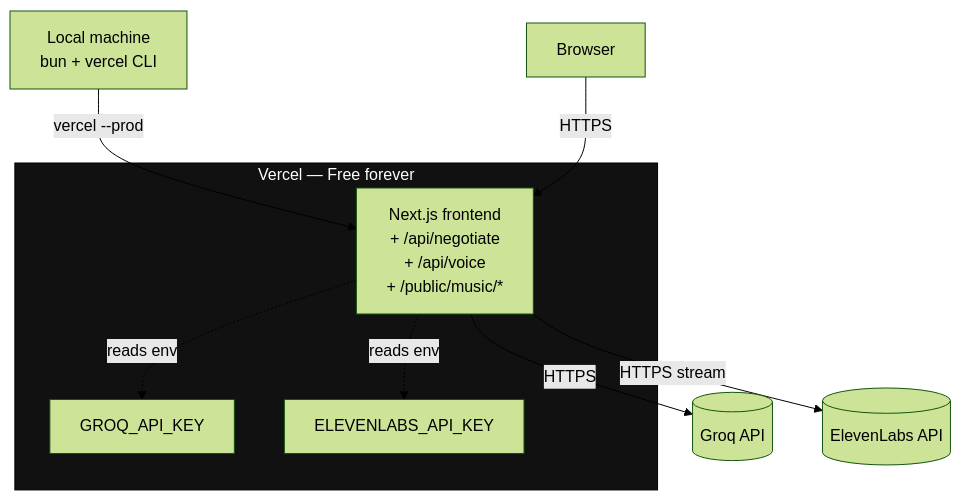
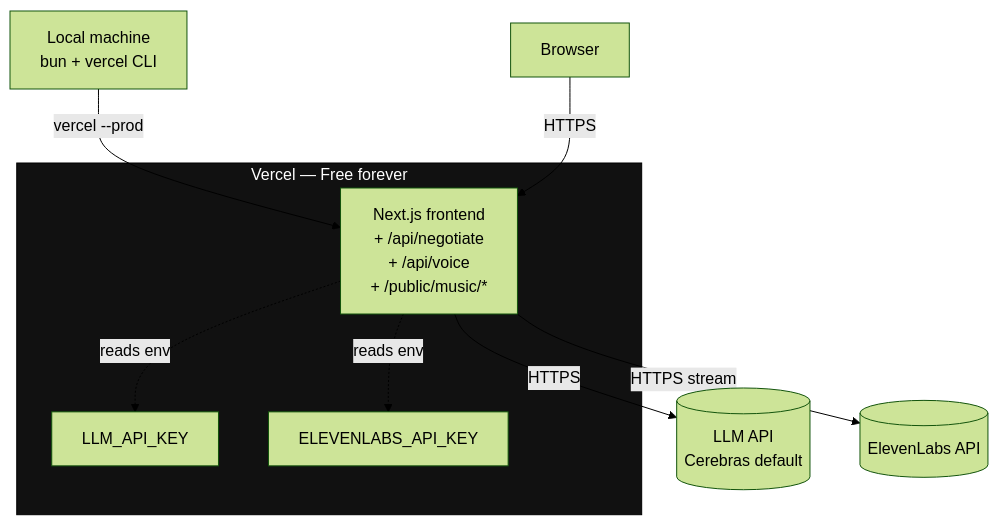
The first of 2 diagrams in docs/DEPLOYMENT.md (AnkanMisra/Negotiator), drawn with Mermaid (forest theme) before and after one commit. The commit also changed other lines of this file and 16 other files, not shown here.

````diff
--- a/docs/DEPLOYMENT.md
+++ b/docs/DEPLOYMENT.md
@@ -10,17 +10,17 @@
 ```mermaid
 flowchart TB
     DEV[Local machine<br/>bun + vercel CLI]
 
     subgraph vercel[Vercel — Free forever]
         FE[Next.js frontend<br/>+ /api/negotiate<br/>+ /api/voice<br/>+ /public/music/*]
-        FE -.reads env.-> SEC1[GROQ_API_KEY]
+        FE -.reads env.-> SEC1[LLM_API_KEY]
         FE -.reads env.-> SEC2[ELEVENLABS_API_KEY]
     end
 
     DEV -->|vercel --prod| FE
-    FE -->|HTTPS| GROQ[(Groq API)]
+    FE -->|HTTPS| LLM[(LLM API<br/>Cerebras default)]
     FE -->|HTTPS stream| EL[(ElevenLabs API)]
     CLIENT[Browser] -->|HTTPS| FE
 
     style vercel fill:#111,stroke:#000,color:#fff
 ```
````
